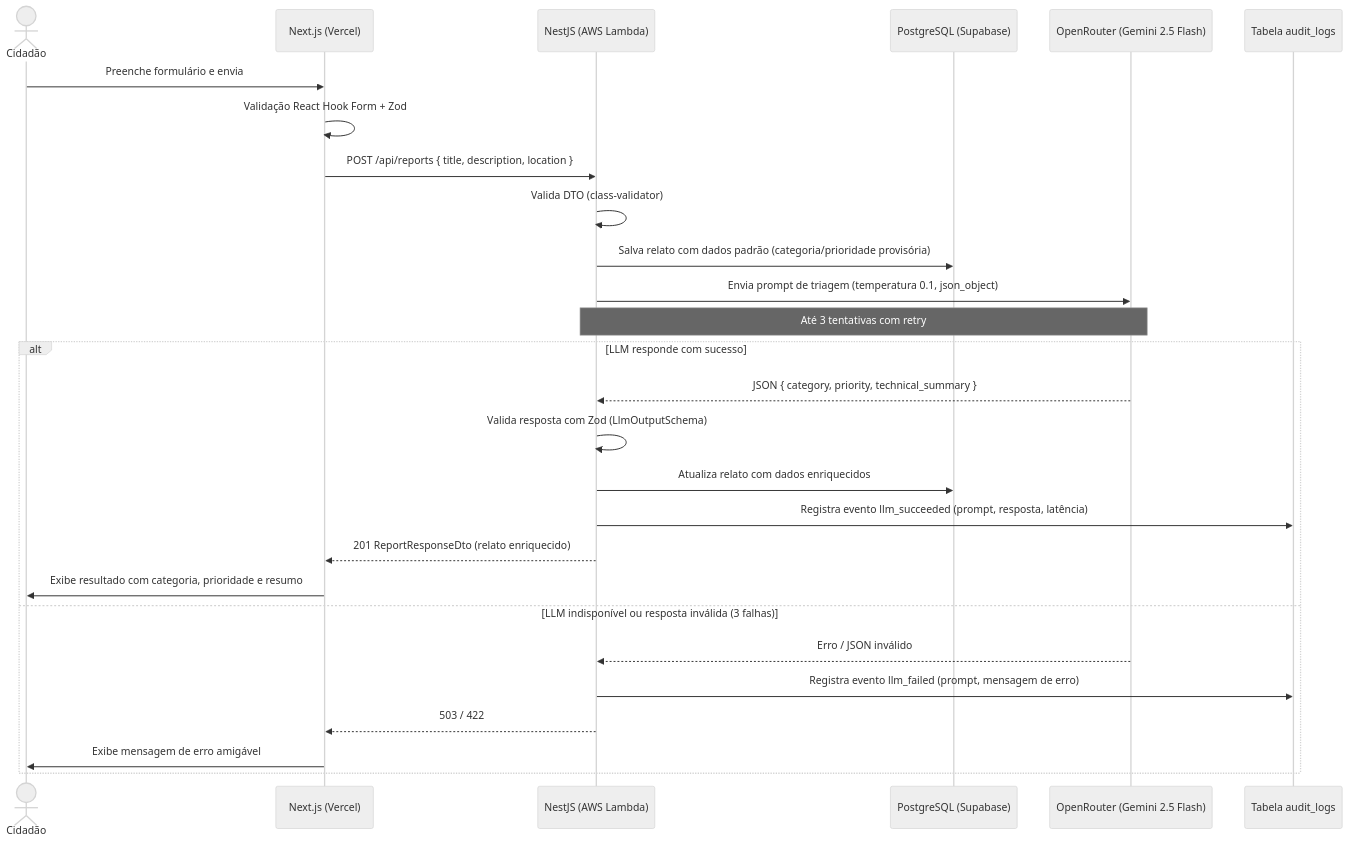
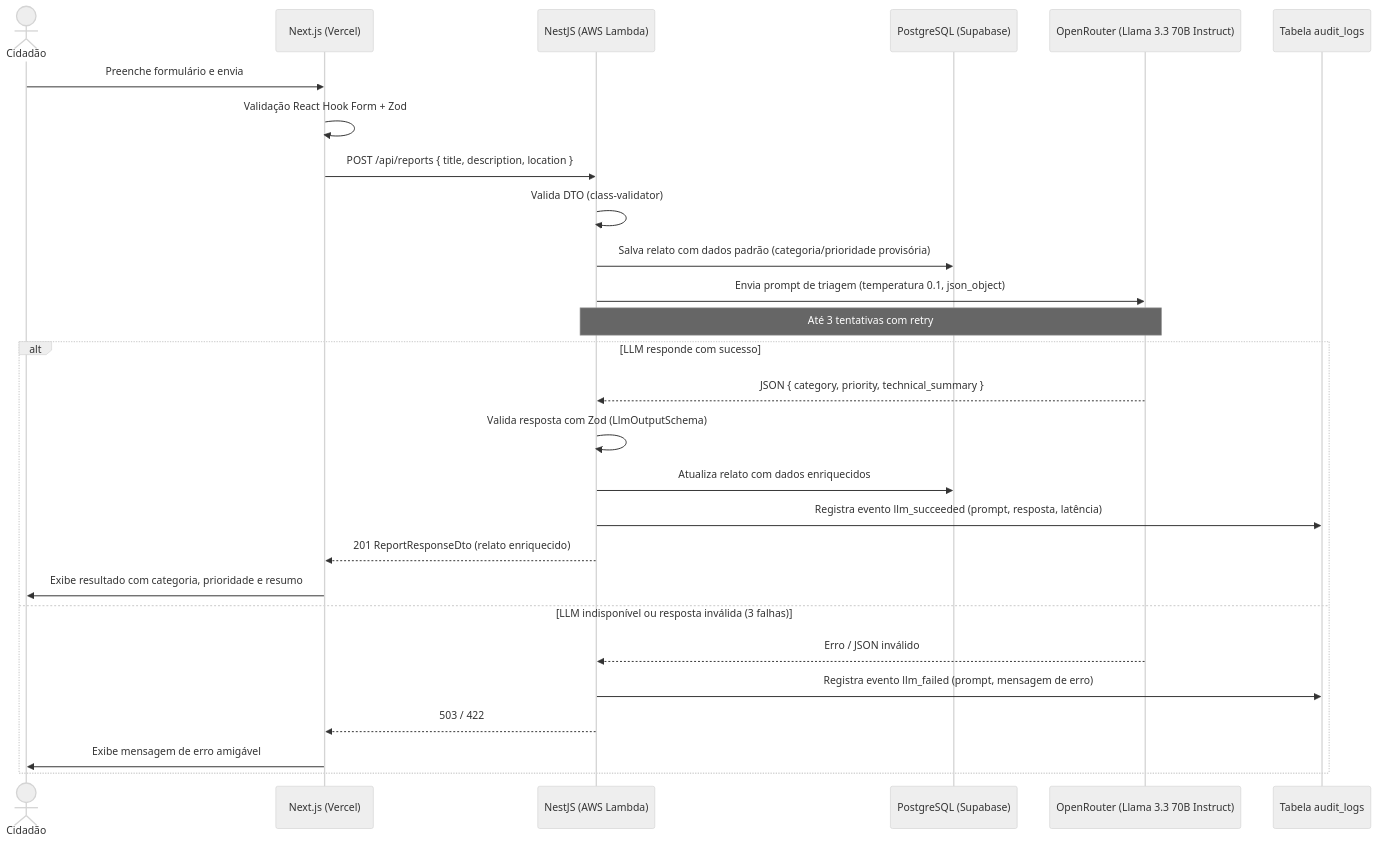
Before and after one commit to lgustavosoftwareengineer/zeladoria-inteligente: the first of 2 diagrams in README.md, drawn with Mermaid (neutral theme). The commit also changed other lines of this file and 26 other files, not shown here.

````diff
--- a/README.md
+++ b/README.md
@@ -39,33 +38,33 @@
 ```mermaid
 sequenceDiagram
     actor Cidadão
     participant Web as Next.js (Vercel)
     participant API as NestJS (AWS Lambda)
     participant DB as PostgreSQL (Supabase)
-    participant LLM as OpenRouter (Gemini 2.5 Flash)
+    participant LLM as OpenRouter (Llama 3.3 70B Instruct)
     participant Audit as Tabela audit_logs
 
     Cidadão->>Web: Preenche formulário e envia
     Web->>Web: Validação React Hook Form + Zod
     Web->>API: POST /api/reports { title, description, location }
 
     API->>API: Valida DTO (class-validator)
     API->>DB: Salva relato com dados padrão (categoria/prioridade provisória)
 
     API->>LLM: Envia prompt de triagem (temperatura 0.1, json_object)
     Note over API,LLM: Até 3 tentativas com retry
 
     alt LLM responde com sucesso
         LLM-->>API: JSON { category, priority, technical_summary }
         API->>API: Valida resposta com Zod (LlmOutputSchema)
         API->>DB: Atualiza relato com dados enriquecidos
         API->>Audit: Registra evento llm_succeeded (prompt, resposta, latência)
         API-->>Web: 201 ReportResponseDto (relato enriquecido)
         Web->>Cidadão: Exibe resultado com categoria, prioridade e resumo
     else LLM indisponível ou resposta inválida (3 falhas)
         LLM-->>API: Erro / JSON inválido
         API->>Audit: Registra evento llm_failed (prompt, mensagem de erro)
         API-->>Web: 503 / 422
         Web->>Cidadão: Exibe mensagem de erro amigável
     end
 ```
````
